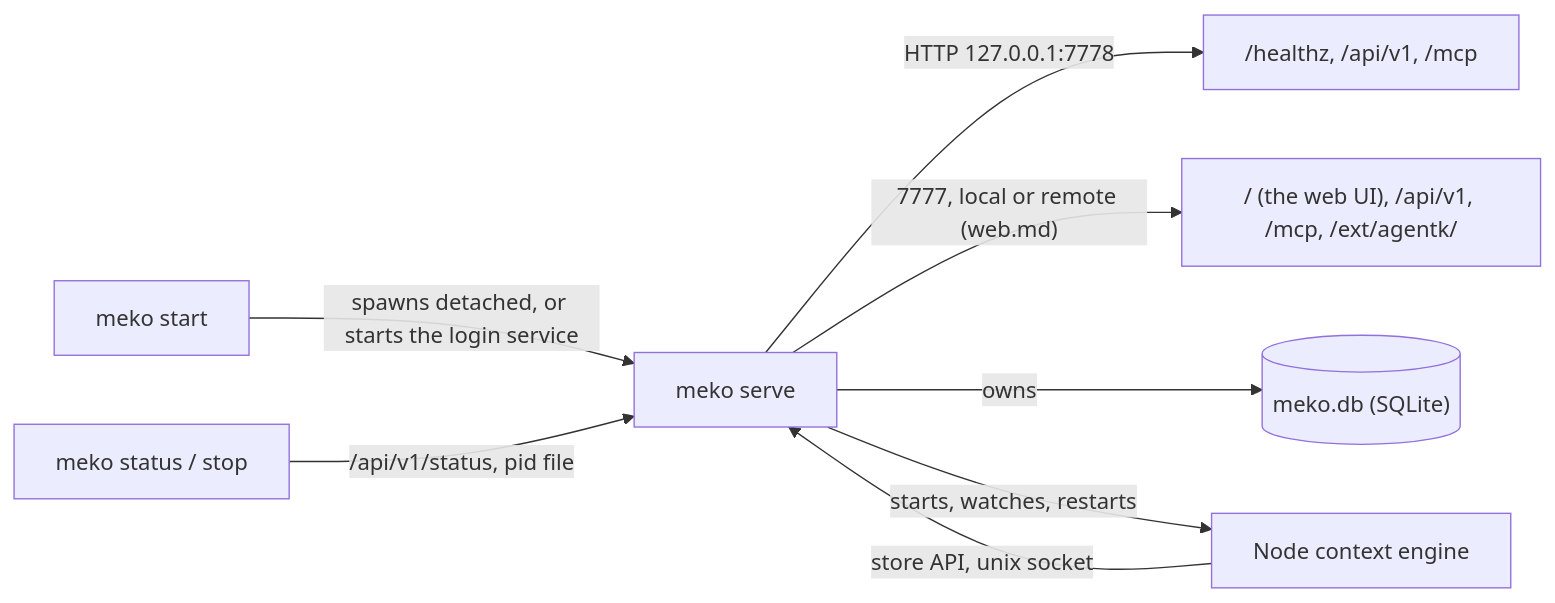
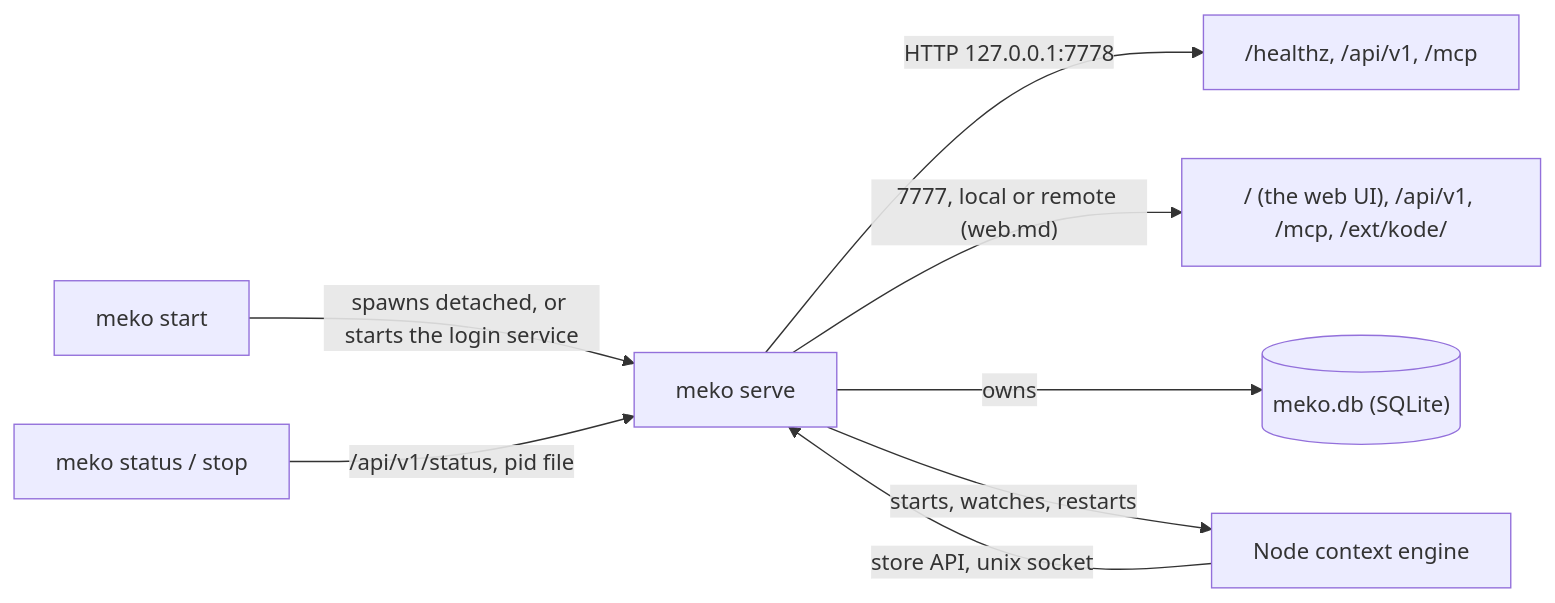
The diagram in src/meko/docs/design.md (yugabyte/meko), drawn with Mermaid before and after one commit. The commit also changed other lines of this file and 428 other files, not shown here.

````diff
--- a/src/meko/docs/design.md
+++ b/src/meko/docs/design.md
@@ -29,10 +29,10 @@
 ```mermaid
 flowchart LR
   cli["meko start"] -->|"spawns detached, or starts the login service"| serve["meko serve"]
   serve -->|"HTTP 127.0.0.1:7778"| api["/healthz, /api/v1, /mcp"]
-  serve -->|"7777, local or remote (web.md)"| web["/ (the web UI), /api/v1, /mcp, /ext/agentk/"]
+  serve -->|"7777, local or remote (web.md)"| web["/ (the web UI), /api/v1, /mcp, /ext/kode/"]
   serve -->|"owns"| db[("meko.db (SQLite)")]
   serve -->|"starts, watches, restarts"| context_engine["Node context engine"]
   context_engine -->|"store API, unix socket"| serve
   status["meko status / stop"] -->|"/api/v1/status, pid file"| serve
 ```
````
